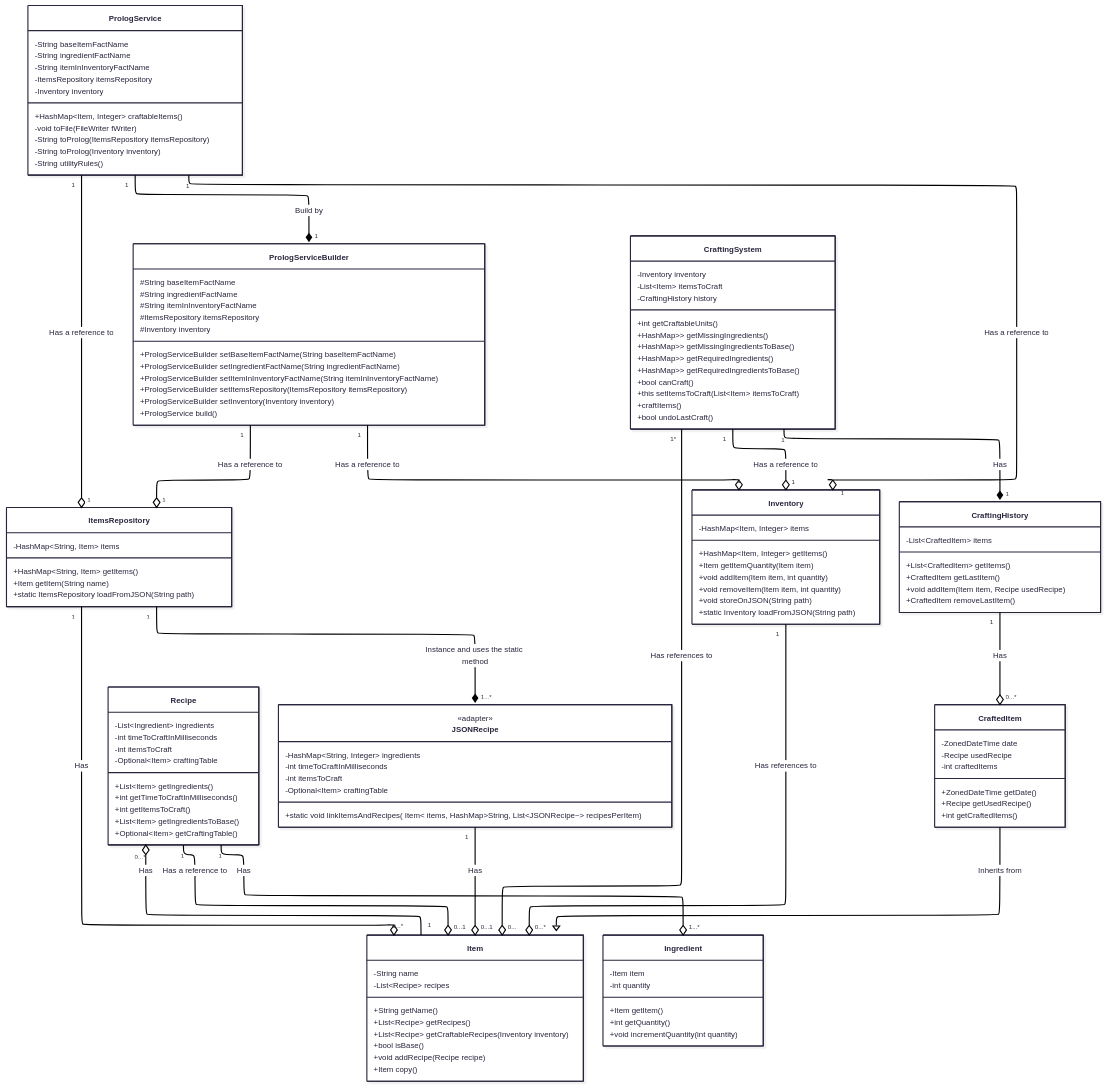
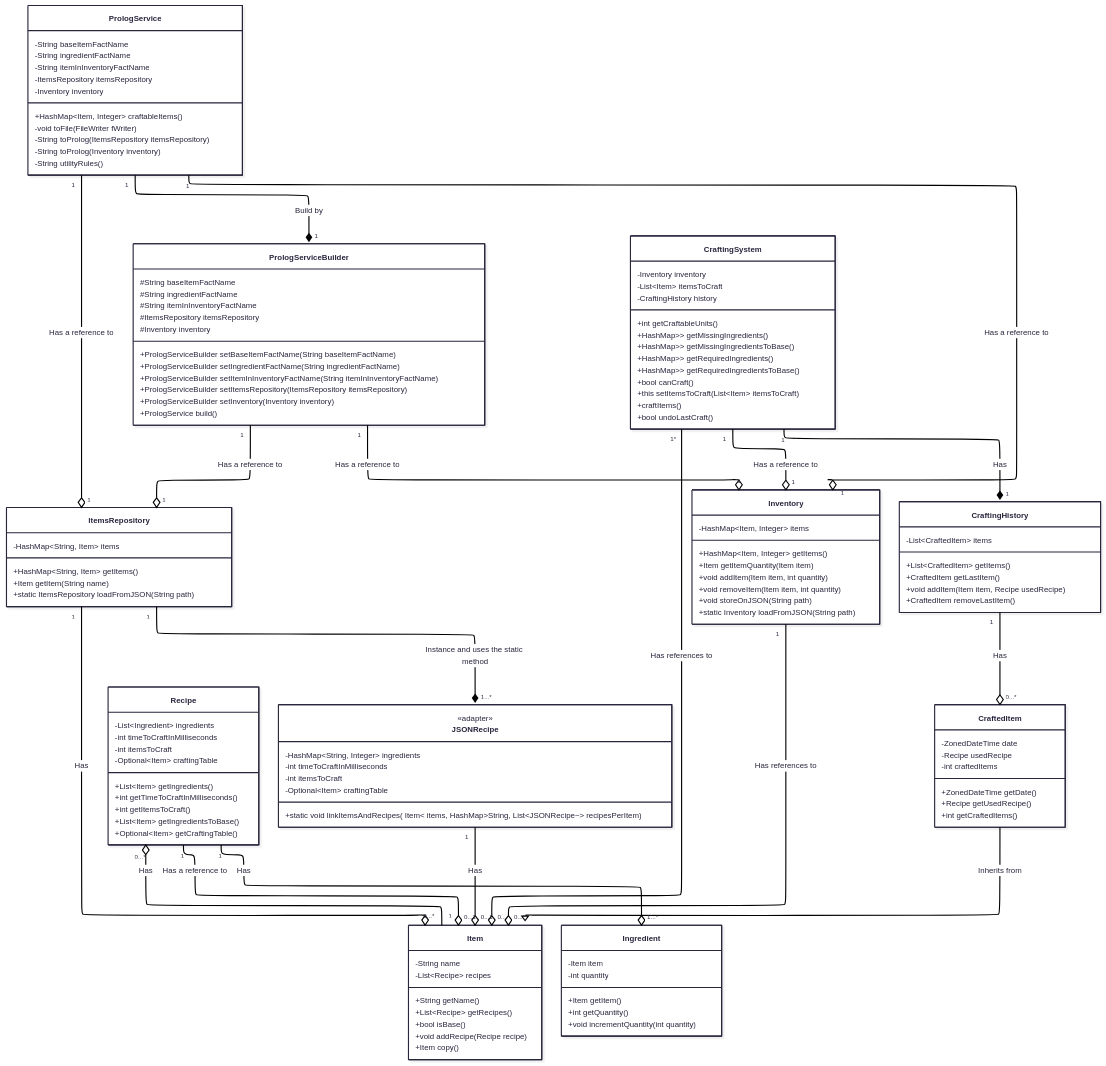
The first of 2 diagrams in README.md (hozlucas28/Java-Practical-Work-2025), drawn with Mermaid before and after one commit. The commit also changed 2 other files, not shown here.

Commit message:
chore(Item): remove `getCraftableRecipes` method It's not his responsibility.

```diff
--- a/README.md
+++ b/README.md
@@ -155,7 +155,6 @@
 
 	    +String getName()
 	    +List~Recipe~ getRecipes()
-	    +List~Recipe~ getCraftableRecipes(Inventory inventory)
 	    +bool isBase()
         +void addRecipe(Recipe recipe)
         +Item copy()
```
